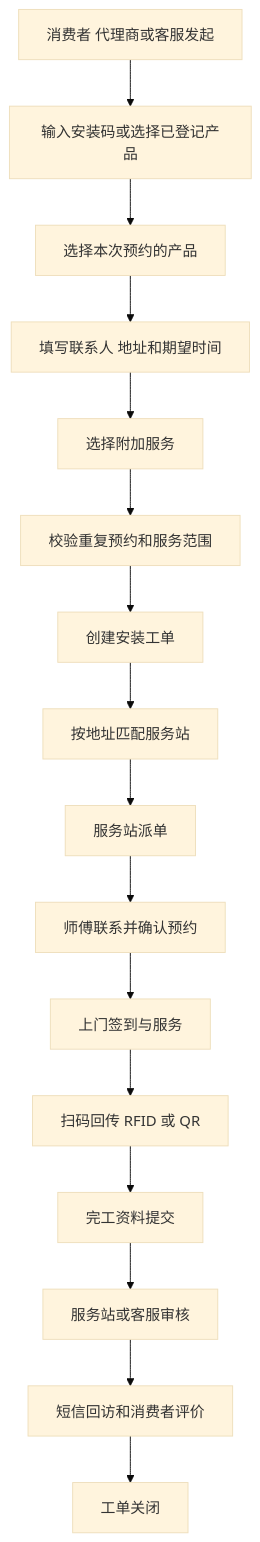
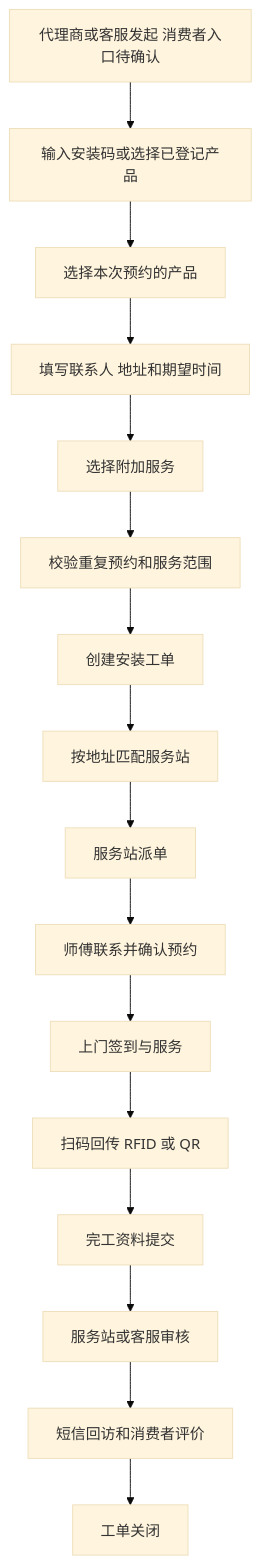
One commit to zhiyuan23/toto-after-sales-docs changed the second of 4 diagrams in 01-功能需求/03-核心业务流程与状态机.md. Above: the diagram before and after it, drawn with Mermaid (base theme). The commit also changed other lines of this file and 22 other files, not shown here.

````diff
--- a/01-功能需求/03-核心业务流程与状态机.md
+++ b/01-功能需求/03-核心业务流程与状态机.md
@@ -69,18 +71,18 @@
 ```mermaid
 flowchart TD
-    A[消费者 代理商或客服发起] --> B[输入安装码或选择已登记产品]
+    A[代理商或客服发起 消费者入口待确认] --> B[输入安装码或选择已登记产品]
     B --> C[选择本次预约的产品]
     C --> D[填写联系人 地址和期望时间]
     D --> E[选择附加服务]
     E --> F[校验重复预约和服务范围]
     F --> G[创建安装工单]
     G --> H[按地址匹配服务站]
     H --> I[服务站派单]
     I --> J[师傅联系并确认预约]
     J --> K[上门签到与服务]
     K --> L[扫码回传 RFID 或 QR]
     L --> M[完工资料提交]
     M --> N[服务站或客服审核]
     N --> O[短信回访和消费者评价]
     O --> P[工单关闭]
 ```
````
